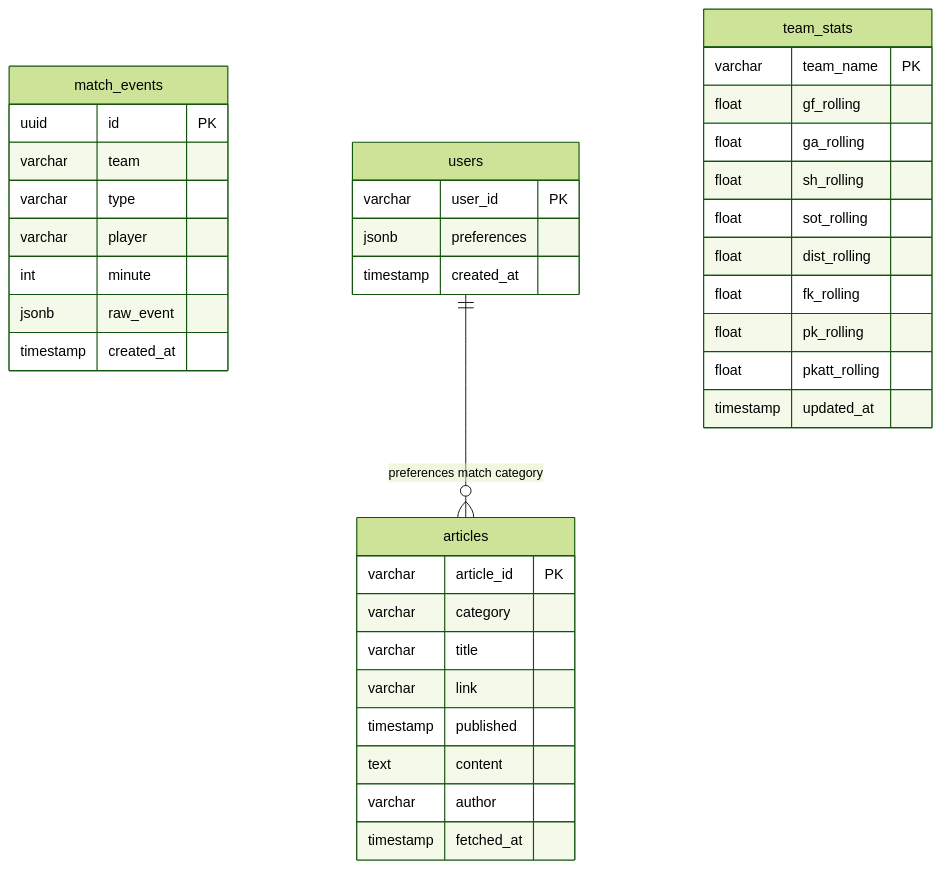
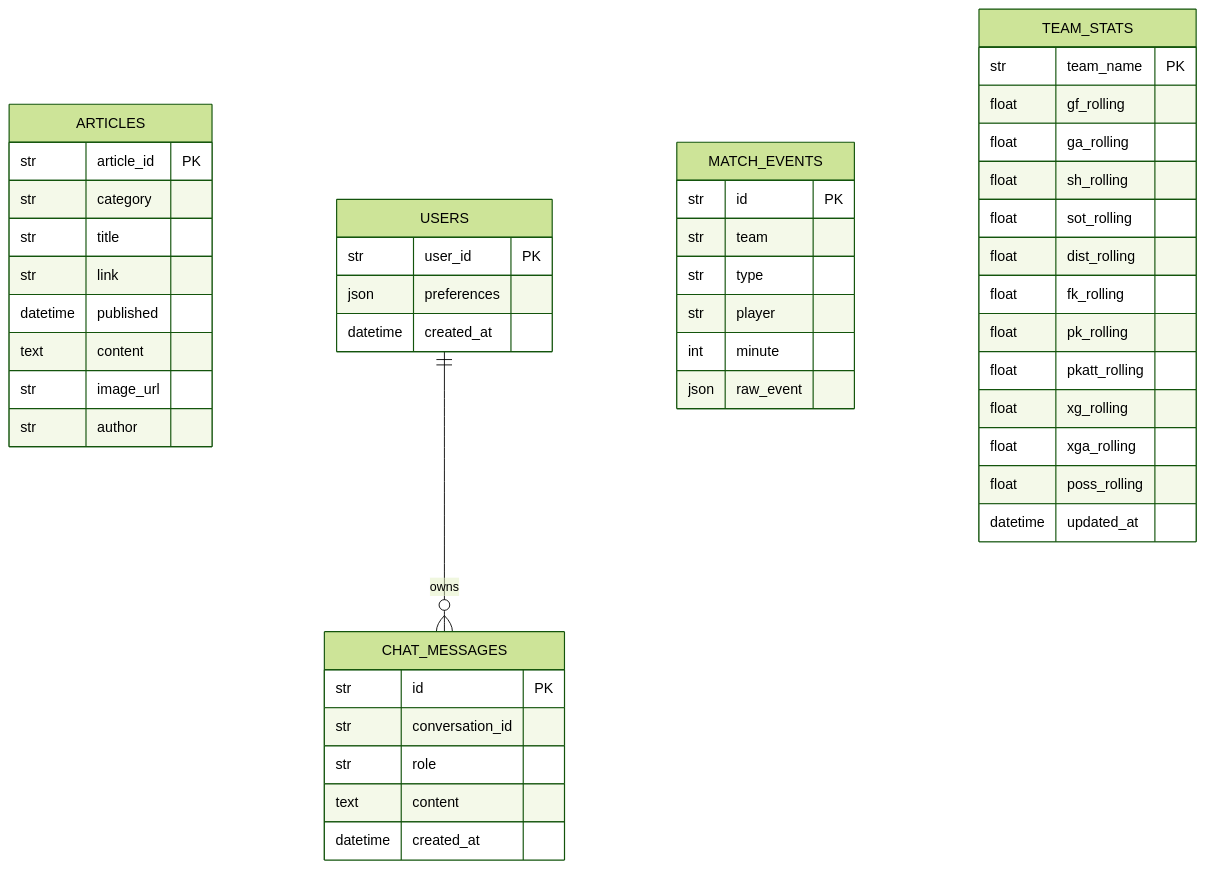
The fifth of 9 diagrams in docs/SYSTEM_DESIGN.md (Caephas/Real_Madrid_AI_Platform), drawn with Mermaid (forest theme) before and after one commit. The commit also changed other lines of this file and 52 other files, not shown here.

````diff
--- a/docs/SYSTEM_DESIGN.md
+++ b/docs/SYSTEM_DESIGN.md
@@ -314,44 +142,50 @@
 ```mermaid
 erDiagram
-    match_events {
-        uuid id PK
-        varchar team
-        varchar type
-        varchar player
+    ARTICLES {
+        str article_id PK
+        str category
+        str title
+        str link
+        datetime published
+        text content
+        str image_url
+        str author
+    }
+    USERS {
+        str user_id PK
+        json preferences
+        datetime created_at
+    }
+    MATCH_EVENTS {
+        str id PK
+        str team
+        str type
+        str player
         int minute
-        jsonb raw_event
-        timestamp created_at
+        json raw_event
     }
-
-    articles {
-        varchar article_id PK
-        varchar category
-        varchar title
-        varchar link
-        timestamp published
-        text content
-        varchar author
-        timestamp fetched_at
-    }
-
-    users {
-        varchar user_id PK
-        jsonb preferences
-        timestamp created_at
-    }
-
-    team_stats {
-        varchar team_name PK
+    TEAM_STATS {
+        str team_name PK
         float gf_rolling
         float ga_rolling
         float sh_rolling
         float sot_rolling
         float dist_rolling
         float fk_rolling
         float pk_rolling
         float pkatt_rolling
-        timestamp updated_at
+        float xg_rolling
+        float xga_rolling
+        float poss_rolling
+        datetime updated_at
+    }
+    CHAT_MESSAGES {
+        str id PK
+        str conversation_id
+        str role
+        text content
+        datetime created_at
     }
 
-    users ||--o{ articles : "preferences match category"
+    USERS ||--o{ CHAT_MESSAGES : "owns"
 ```
````
